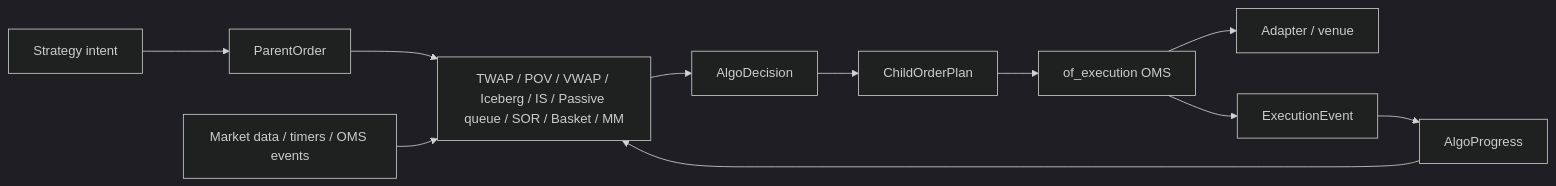
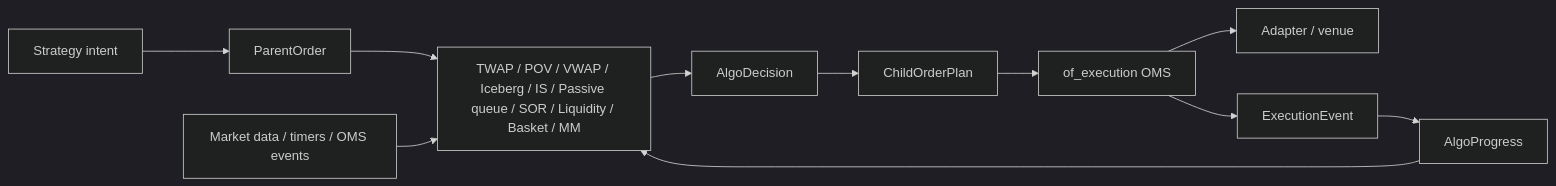
One commit to gregorian-09/orderflow changed the diagram in crates/of_execution_algos/README.md. Above: the diagram before and after it, drawn with Mermaid (dark theme). The commit also changed other lines of this file and 5 other files, not shown here.

````diff
--- a/crates/of_execution_algos/README.md
+++ b/crates/of_execution_algos/README.md
@@ -45,13 +48,13 @@
 ```mermaid
 flowchart LR
     Strategy[Strategy intent] --> Parent[ParentOrder]
-    Parent --> Algo[TWAP / POV / VWAP / Iceberg / IS / Passive queue / SOR / Basket / MM]
+    Parent --> Algo[TWAP / POV / VWAP / Iceberg / IS / Passive queue / SOR / Liquidity / Basket / MM]
     Market[Market data / timers / OMS events] --> Algo
     Algo --> Decision[AlgoDecision]
     Decision --> Child[ChildOrderPlan]
     Child --> OMS[of_execution OMS]
     OMS --> Venue[Adapter / venue]
     OMS --> Events[ExecutionEvent]
     Events --> Progress[AlgoProgress]
     Progress --> Algo
 ```
````
